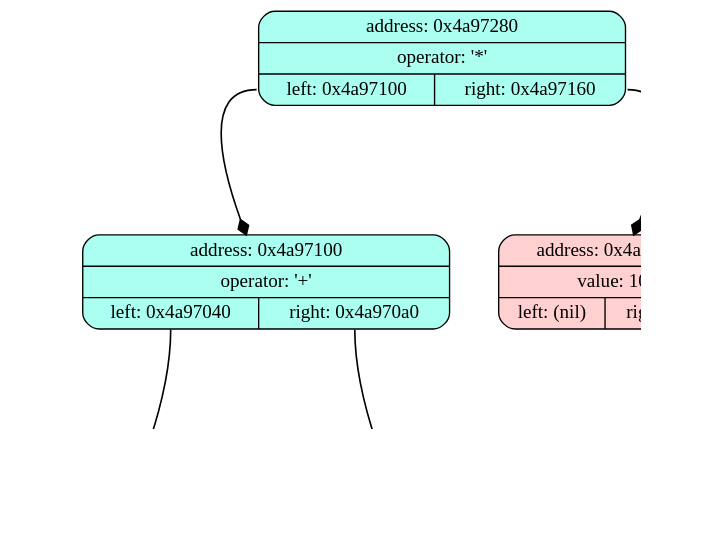
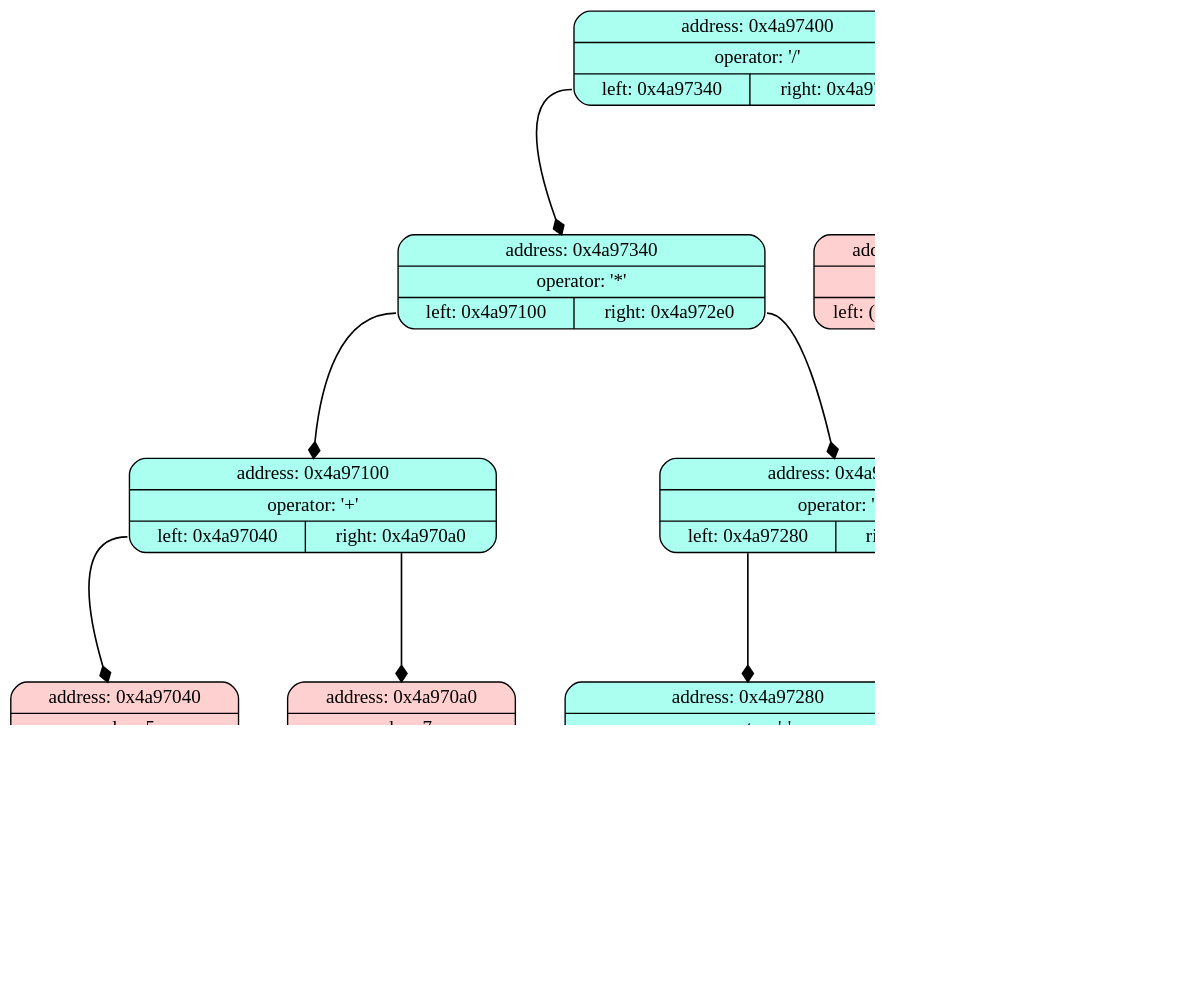
One commit to VictorBerbenets/Differentiator changed the diagram in data/list.dot. Above: the diagram before and after it, drawn with Graphviz. The commit also changed 11 other files, not shown here.

```diff
--- a/data/list.dot
+++ b/data/list.dot
@@ -1,22 +1,40 @@
 digraph List {
 	dpi = 100;
 	fontname = "Comic Sans MS";
 	fontsize = 20;
 	rankdir  = TB;
 graph [fillcolor = lightgreen, ranksep = 1.3, nodesep = 0.5, style = "rounded", color = green, penwidth = 2];
 edge [color = black, arrowhead = diamond, arrowsize = 1, penwidth = 1.2];
-node1 [shape = Mrecord, style = filled, fillcolor = "#ABFFF1", label = "{address: 0x4a97280|operator: '*'| { <ptr1> left: 0x4a97100| <ptr2> right: 0x4a97160}}"]
-node2 [shape = Mrecord, style = filled, fillcolor = "#ABFFF1", label = "{address: 0x4a97280|operator: '*'| { <ptr1> left: 0x4a97100| <ptr2> right: 0x4a97160}}"]
-node1: <ptr1> -> node2; node3 [shape = Mrecord, style = filled, fillcolor = "#ABFFF1", label = "{address: 0x4a97280|operator: '*'| { <ptr1> left: 0x4a97100| <ptr2> right: 0x4a97160}}"]
+node1 [shape = Mrecord, style = filled, fillcolor = "#ABFFF1", label = "{address: 0x4a97400|operator: '/'| { <ptr1> left: 0x4a97340| <ptr2> right: 0x4a973a0}}"]
+node2 [shape = Mrecord, style = filled, fillcolor = "#ABFFF1", label = "{address: 0x4a97400|operator: '/'| { <ptr1> left: 0x4a97340| <ptr2> right: 0x4a973a0}}"]
+node1: <ptr1> -> node2; node3 [shape = Mrecord, style = filled, fillcolor = "#ABFFF1", label = "{address: 0x4a97400|operator: '/'| { <ptr1> left: 0x4a97340| <ptr2> right: 0x4a973a0}}"]
 node1: <ptr2> -> node3; 
-node2 [shape = Mrecord, style = filled, fillcolor = "#ABFFF1", label = "{address: 0x4a97100|operator: '+'| { <ptr1> left: 0x4a97040| <ptr2> right: 0x4a970a0}}"]
+node2 [shape = Mrecord, style = filled, fillcolor = "#ABFFF1", label = "{address: 0x4a97340|operator: '*'| { <ptr1> left: 0x4a97100| <ptr2> right: 0x4a972e0}}"]
+node4 [shape = Mrecord, style = filled, fillcolor = "#ABFFF1", label = "{address: 0x4a97340|operator: '*'| { <ptr1> left: 0x4a97100| <ptr2> right: 0x4a972e0}}"]
+node2: <ptr1> -> node4; node5 [shape = Mrecord, style = filled, fillcolor = "#ABFFF1", label = "{address: 0x4a97340|operator: '*'| { <ptr1> left: 0x4a97100| <ptr2> right: 0x4a972e0}}"]
+node2: <ptr2> -> node5; 
+node3 [shape = Mrecord, style = filled, fillcolor = "#FFD0D0", label = "{address: 0x4a973a0|value: -5.5| { <ptr1> left: (nil)| <ptr2> right: (nil)}}"]
+
 node4 [shape = Mrecord, style = filled, fillcolor = "#ABFFF1", label = "{address: 0x4a97100|operator: '+'| { <ptr1> left: 0x4a97040| <ptr2> right: 0x4a970a0}}"]
-node2: <ptr1> -> node4; node5 [shape = Mrecord, style = filled, fillcolor = "#ABFFF1", label = "{address: 0x4a97100|operator: '+'| { <ptr1> left: 0x4a97040| <ptr2> right: 0x4a970a0}}"]
-node2: <ptr2> -> node5; 
-node3 [shape = Mrecord, style = filled, fillcolor = "#FFD0D0", label = "{address: 0x4a97160|value: 10| { <ptr1> left: (nil)| <ptr2> right: (nil)}}"]
+node6 [shape = Mrecord, style = filled, fillcolor = "#ABFFF1", label = "{address: 0x4a97100|operator: '+'| { <ptr1> left: 0x4a97040| <ptr2> right: 0x4a970a0}}"]
+node4: <ptr1> -> node6; node7 [shape = Mrecord, style = filled, fillcolor = "#ABFFF1", label = "{address: 0x4a97100|operator: '+'| { <ptr1> left: 0x4a97040| <ptr2> right: 0x4a970a0}}"]
+node4: <ptr2> -> node7; 
+node5 [shape = Mrecord, style = filled, fillcolor = "#ABFFF1", label = "{address: 0x4a972e0|operator: '+'| { <ptr1> left: 0x4a97280| <ptr2> right: 0x4a97220}}"]
+node8 [shape = Mrecord, style = filled, fillcolor = "#ABFFF1", label = "{address: 0x4a972e0|operator: '+'| { <ptr1> left: 0x4a97280| <ptr2> right: 0x4a97220}}"]
+node5: <ptr1> -> node8; node9 [shape = Mrecord, style = filled, fillcolor = "#ABFFF1", label = "{address: 0x4a972e0|operator: '+'| { <ptr1> left: 0x4a97280| <ptr2> right: 0x4a97220}}"]
+node5: <ptr2> -> node9; 
+node6 [shape = Mrecord, style = filled, fillcolor = "#FFD0D0", label = "{address: 0x4a97040|value: 5| { <ptr1> left: (nil)| <ptr2> right: (nil)}}"]
 
-node4 [shape = Mrecord, style = filled, fillcolor = "#FFD0D0", label = "{address: 0x4a97040|value: 5| { <ptr1> left: (nil)| <ptr2> right: (nil)}}"]
+node7 [shape = Mrecord, style = filled, fillcolor = "#FFD0D0", label = "{address: 0x4a970a0|value: 7| { <ptr1> left: (nil)| <ptr2> right: (nil)}}"]
 
-node5 [shape = Mrecord, style = filled, fillcolor = "#FFD0D0", label = "{address: 0x4a970a0|value: 7| { <ptr1> left: (nil)| <ptr2> right: (nil)}}"]
+node8 [shape = Mrecord, style = filled, fillcolor = "#ABFFF1", label = "{address: 0x4a97280|operator: '-'| { <ptr1> left: 0x4a97160| <ptr2> right: 0x4a971c0}}"]
+node10 [shape = Mrecord, style = filled, fillcolor = "#ABFFF1", label = "{address: 0x4a97280|operator: '-'| { <ptr1> left: 0x4a97160| <ptr2> right: 0x4a971c0}}"]
+node8: <ptr1> -> node10; node11 [shape = Mrecord, style = filled, fillcolor = "#ABFFF1", label = "{address: 0x4a97280|operator: '-'| { <ptr1> left: 0x4a97160| <ptr2> right: 0x4a971c0}}"]
+node8: <ptr2> -> node11; 
+node9 [shape = Mrecord, style = filled, fillcolor = "#FFD0D0", label = "{address: 0x4a97220|value: -532.87| { <ptr1> left: (nil)| <ptr2> right: (nil)}}"]
+
+node10 [shape = Mrecord, style = filled, fillcolor = "#FFD0D0", label = "{address: 0x4a97160|value: 10| { <ptr1> left: (nil)| <ptr2> right: (nil)}}"]
+
+node11 [shape = Mrecord, style = filled, fillcolor = "#FFD0D0", label = "{address: 0x4a971c0|value: -100| { <ptr1> left: (nil)| <ptr2> right: (nil)}}"]
 
 }
```
